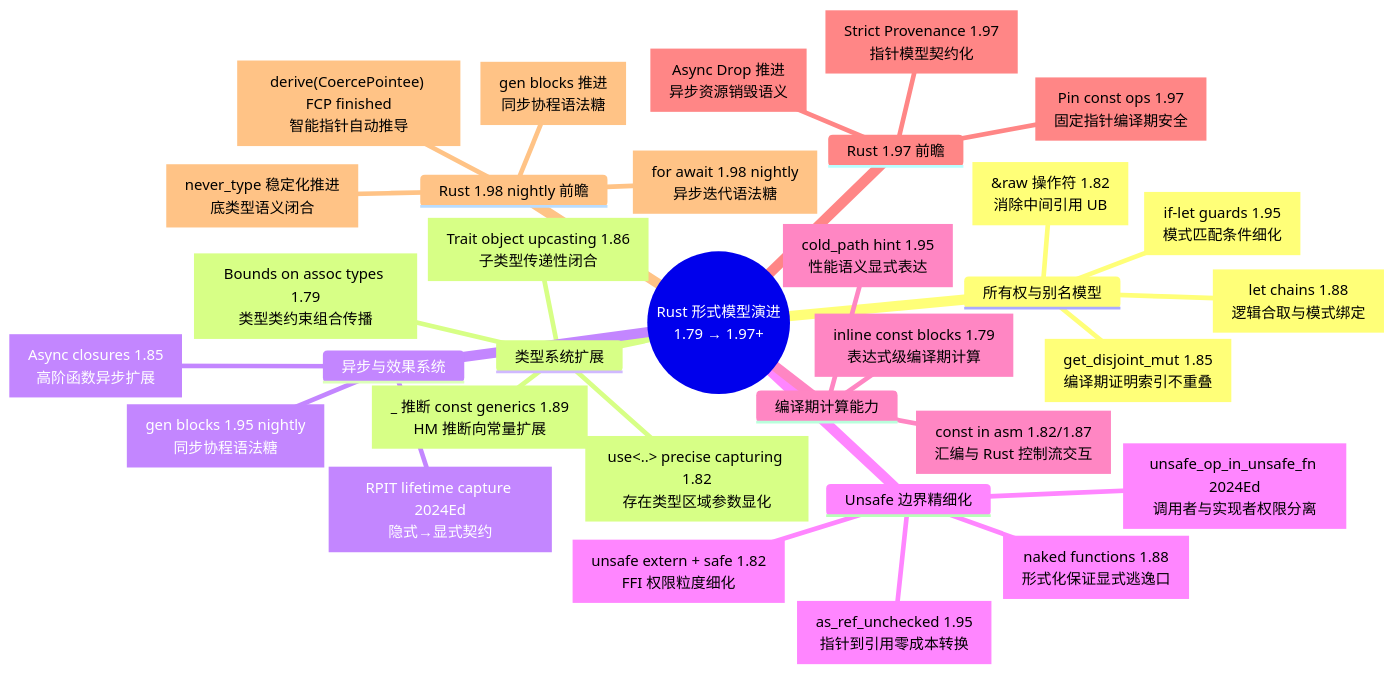
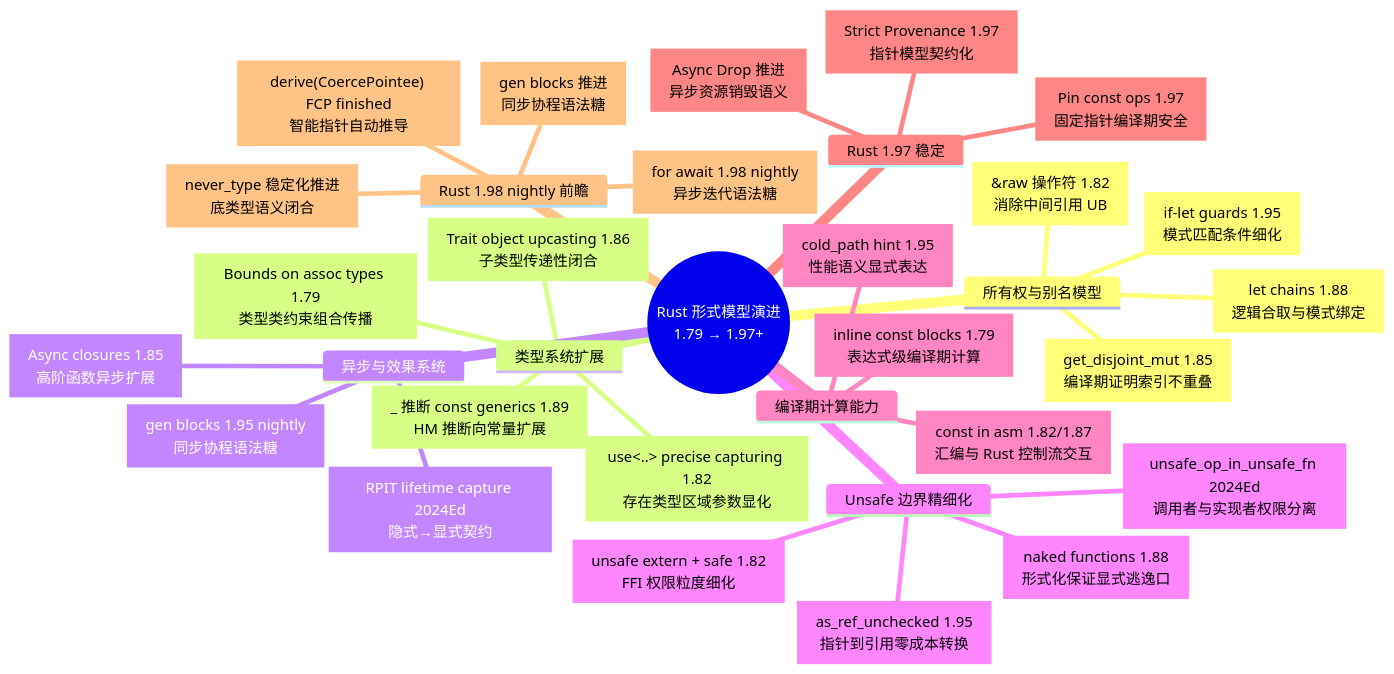
The first of 3 diagrams in concept/07_future/05_rust_version_tracking.md (martin-ly/rust-lang), drawn with Mermaid before and after one commit. The commit also changed other lines of this file and 1172 other files, not shown here.

````diff
--- a/concept/07_future/05_rust_version_tracking.md
+++ b/concept/07_future/05_rust_version_tracking.md
@@ -48,36 +48,36 @@
 ```mermaid
 mindmap
   root((Rust 形式模型演进<br/>1.79 → 1.97+))
     所有权与别名模型
       raw_op[&raw 操作符 1.82<br/>消除中间引用 UB]
       if_let_guards[if-let guards 1.95<br/>模式匹配条件细化]
       let_chains[let chains 1.88<br/>逻辑合取与模式绑定]
       get_disjoint[get_disjoint_mut 1.85<br/>编译期证明索引不重叠]
     类型系统扩展
       precise_capturing[use&lt;..&gt; precise capturing 1.82<br/>存在类型区域参数显化]
       trait_upcasting[Trait object upcasting 1.86<br/>子类型传递性闭合]
       infer_const[_ 推断 const generics 1.89<br/>HM 推断向常量扩展]
       assoc_bounds[Bounds on assoc types 1.79<br/>类型类约束组合传播]
     异步与效果系统
       async_closures[Async closures 1.85<br/>高阶函数异步扩展]
       rpit_capture[RPIT lifetime capture 2024Ed<br/>隐式→显式契约]
       gen_blocks[gen blocks 1.95 nightly<br/>同步协程语法糖]
     Unsafe 边界精细化
       unsafe_extern[unsafe extern + safe 1.82<br/>FFI 权限粒度细化]
       naked[naked functions 1.88<br/>形式化保证显式逃逸口]
       unsafe_op[unsafe_op_in_unsafe_fn 2024Ed<br/>调用者与实现者权限分离]
       as_ref_unchecked[as_ref_unchecked 1.95<br/>指针到引用零成本转换]
     编译期计算能力
       inline_const[inline const blocks 1.79<br/>表达式级编译期计算]
       const_asm[const in asm 1.82/1.87<br/>汇编与 Rust 控制流交互]
       cold_path[cold_path hint 1.95<br/>性能语义显式表达]
-    Rust 1.97 前瞻
+    Rust 1.97 稳定
       async_drop[Async Drop 推进<br/>异步资源销毁语义]
       strict_provenance[Strict Provenance 1.97<br/>指针模型契约化]
       pin_const[Pin const ops 1.97<br/>固定指针编译期安全]
     Rust 1.98 nightly 前瞻
       gen_blocks_stable[gen blocks 推进<br/>同步协程语法糖]
       async_for_loop[for await 1.98 nightly<br/>异步迭代语法糖]
       coerce_pointee["derive(CoercePointee) FCP finished<br/>智能指针自动推导"]
       never_type_stable[never_type 稳定化推进<br/>底类型语义闭合]
 ```
````
